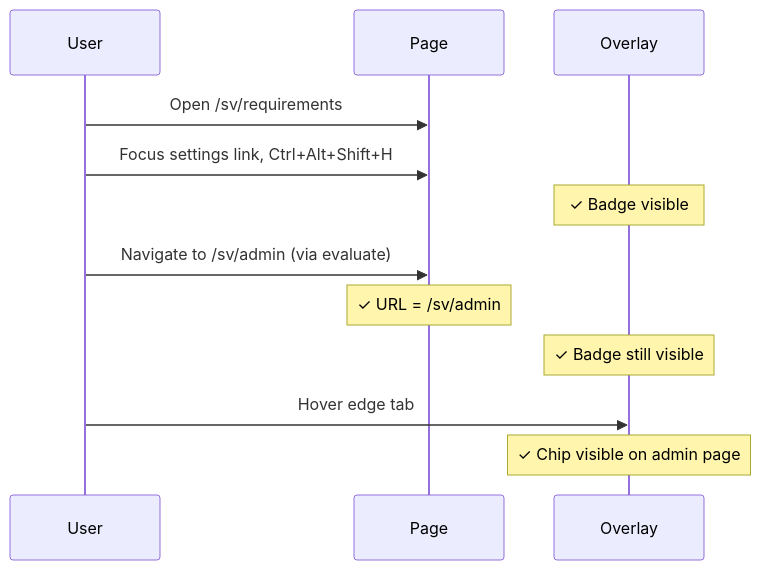
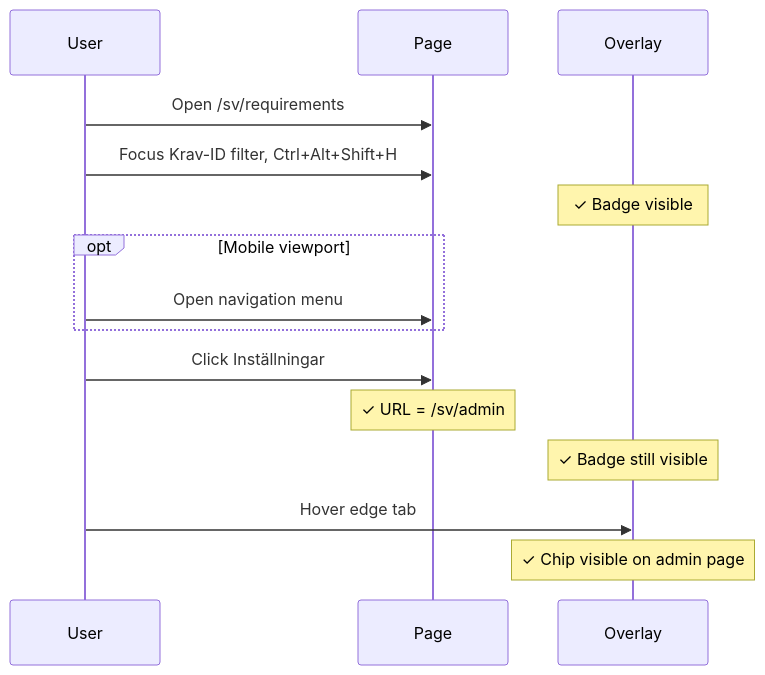
The third of 4 diagrams in tests/integration/developer-mode-overlay.md (viscalyx/Kravhantering), drawn with Mermaid before and after one commit. The commit also changed other lines of this file and 48 other files, not shown here.

````diff
--- a/tests/integration/developer-mode-overlay.md
+++ b/tests/integration/developer-mode-overlay.md
@@ -118,15 +119,18 @@
 ```mermaid
 sequenceDiagram
     participant U as User
     participant P as Page
     participant O as Overlay
 
     U->>P: Open /sv/requirements
-    U->>P: Focus settings link, Ctrl+Alt+Shift+H
+    U->>P: Focus Krav-ID filter, Ctrl+Alt+Shift+H
     Note over O: ✓ Badge visible
-    U->>P: Navigate to /sv/admin (via evaluate)
+    opt Mobile viewport
+        U->>P: Open navigation menu
+    end
+    U->>P: Click Inställningar
     Note over P: ✓ URL = /sv/admin
     Note over O: ✓ Badge still visible
     U->>O: Hover edge tab
     Note over O: ✓ Chip visible on admin page
 ```
````
